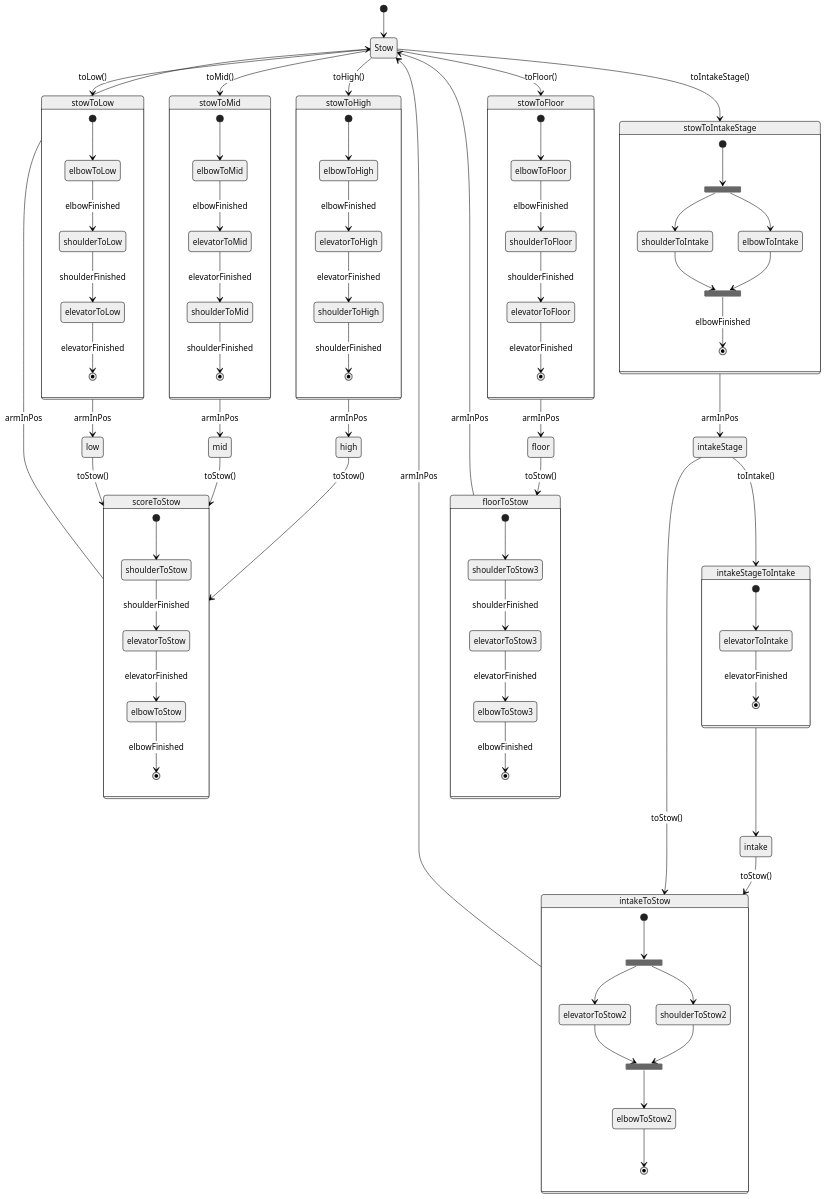
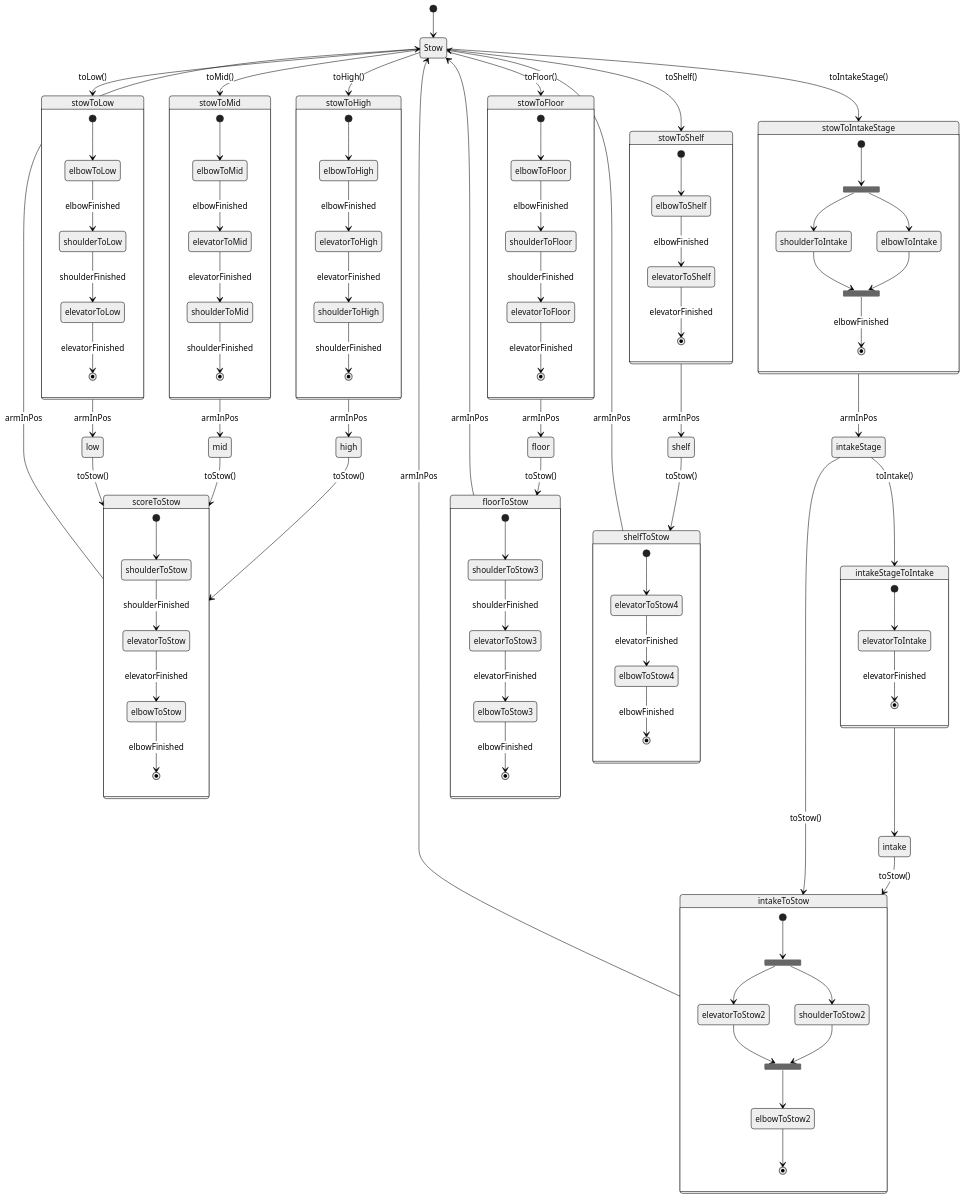
Before and after one commit to strykeforce/chargedup: the diagram in docs/ArmStateMachine.md, drawn with Mermaid (neutral theme).

````diff
--- a/docs/ArmStateMachine.md
+++ b/docs/ArmStateMachine.md
@@ -96,4 +96,21 @@
     elevatorToStow3 --> elbowToStow3: elevatorFinished
     elbowToStow3 --> [*]: elbowFinished
    }
+   
+   Stow --> stowToShelf : toShelf()
+   stowToShelf --> shelf : armInPos
+   shelf --> shelfToStow : toStow()
+   shelfToStow --> Stow : armInPos
+   
+   state stowToShelf {
+   [*] --> elbowToShelf
+   elbowToShelf --> elevatorToShelf : elbowFinished
+   elevatorToShelf --> [*] : elevatorFinished
+   }
+   
+   state shelfToStow {
+   [*] --> elevatorToStow4
+   elevatorToStow4 --> elbowToStow4 : elevatorFinished
+   elbowToStow4 --> [*] : elbowFinished
+   }
    ```
````
